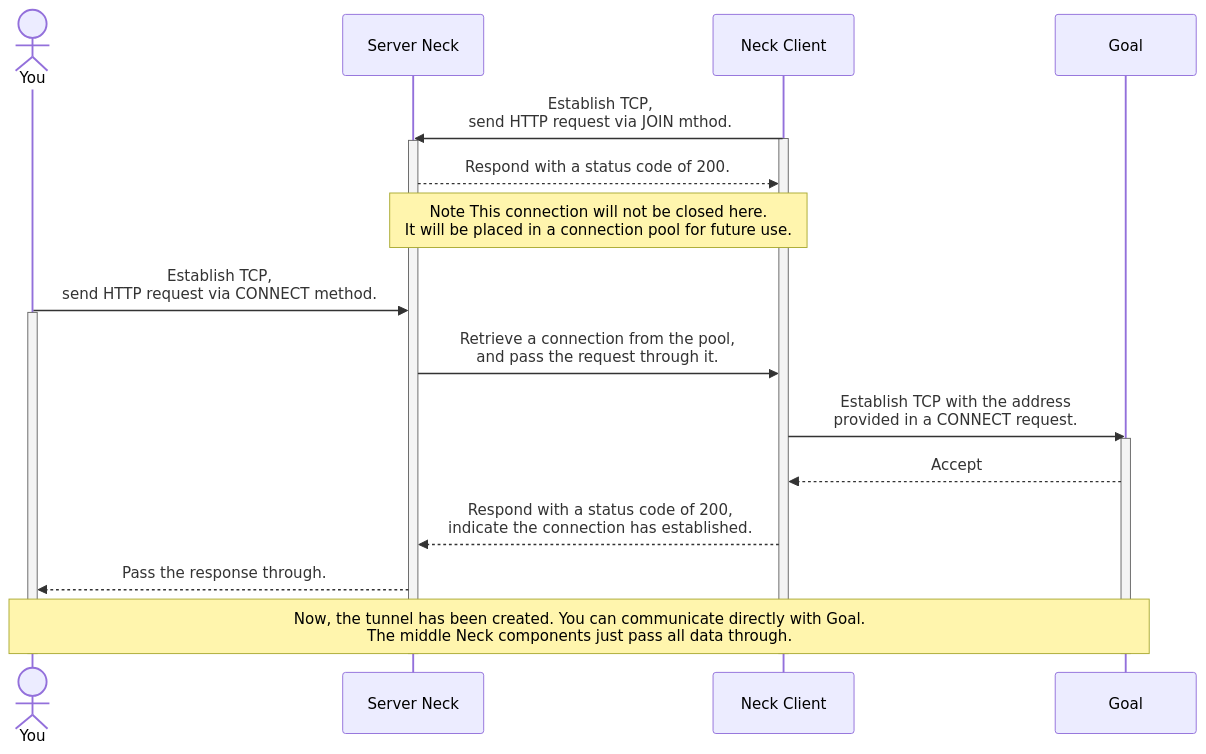
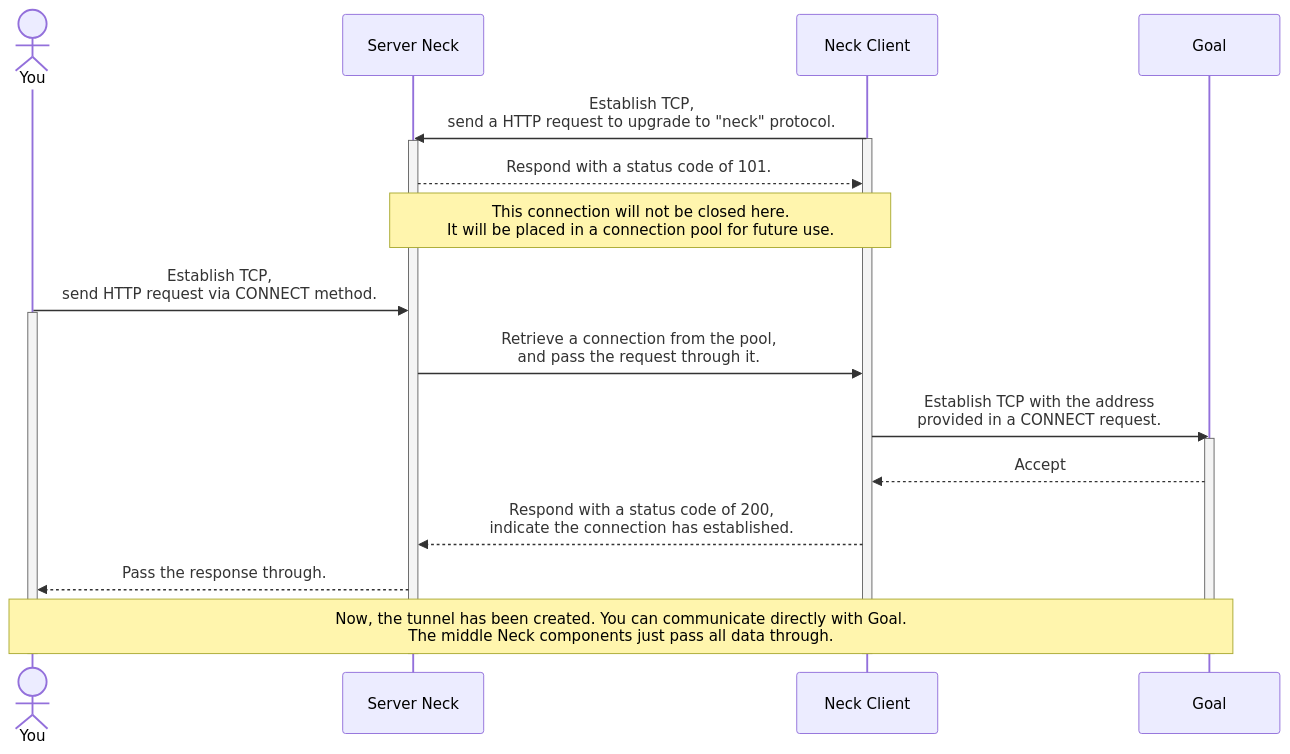
One commit to YanagiEiichi/neck changed the third of 4 diagrams in README.md. Above: the diagram before and after it, drawn with Mermaid.

````diff
--- a/README.md
+++ b/README.md
@@ -58,33 +58,33 @@
 ```mermaid
 sequenceDiagram
 
 actor You
 participant Server as Server Neck
 participant Client as Neck Client
 participant Goal
 
 
-Client ->> Server: Establish TCP,<br/>send HTTP request via JOIN mthod.
+Client ->> Server: Establish TCP,<br/>send a HTTP request to upgrade to "neck" protocol.
 activate Client
 activate Server
-Server -->> Client: Respond with a status code of 200.
+Server -->> Client: Respond with a status code of 101.
 
-Note over Server,Client: Note This connection will not be closed here.<br/>It will be placed in a connection pool for future use.
+Note over Server,Client: This connection will not be closed here.<br/>It will be placed in a connection pool for future use.
 
 You ->> Server: Establish TCP,<br/>send HTTP request via CONNECT method.
 activate You
 Server ->> Client: Retrieve a connection from the pool,<br/>and pass the request through it.
 Client ->> Goal: Establish TCP with the address<br/>provided in a CONNECT request.
 activate Goal
 Goal -->> Client: Accept
 Client -->> Server: Respond with a status code of 200,<br/>indicate the connection has established.
 Server -->> You: Pass the response through.
 
 Note over You, Goal: Now, the tunnel has been created. You can communicate directly with Goal.<br/>The middle Neck components just pass all data through.
 
 
 deactivate You
 deactivate Server
 deactivate Client
 deactivate Goal
 ```
````
